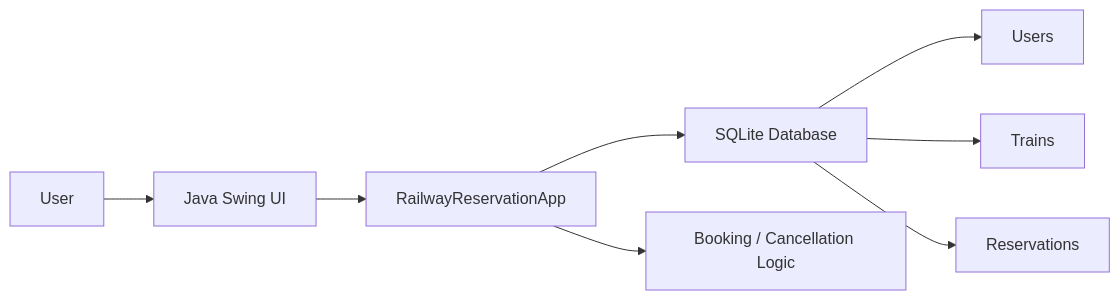
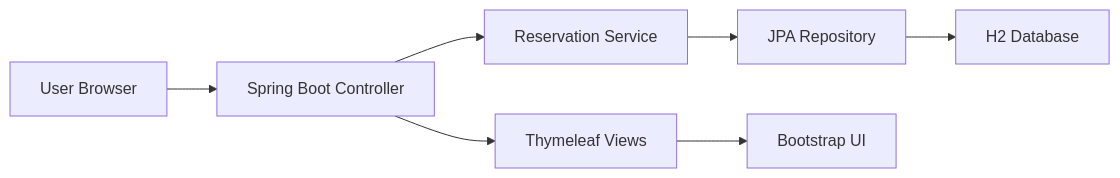
One commit to mohddilshadkhan2003/Online-Train-Reservation-System changed the diagram in README.md. Above: the diagram before and after it, drawn with Mermaid. The commit also changed other lines of this file, not shown here.

Commit message:
Update the README to reflect the current Spring Boot + Thymeleaf web frontend stack and clearly show the technologies used in the project.

````diff
--- a/README.md
+++ b/README.md
@@ -25,10 +36,9 @@
 ```mermaid
 flowchart LR
-    A[User] --> B[Java Swing UI]
-    B --> C[RailwayReservationApp]
-    C --> D[SQLite Database]
-    D --> E[Users]
-    D --> F[Trains]
-    D --> G[Reservations]
-    C --> H[Booking / Cancellation Logic]
+    A[User Browser] --> B[Spring Boot Controller]
+    B --> C[Reservation Service]
+    C --> D[JPA Repository]
+    D --> E[H2 Database]
+    B --> F[Thymeleaf Views]
+    F --> G[Bootstrap UI]
 ```
````
